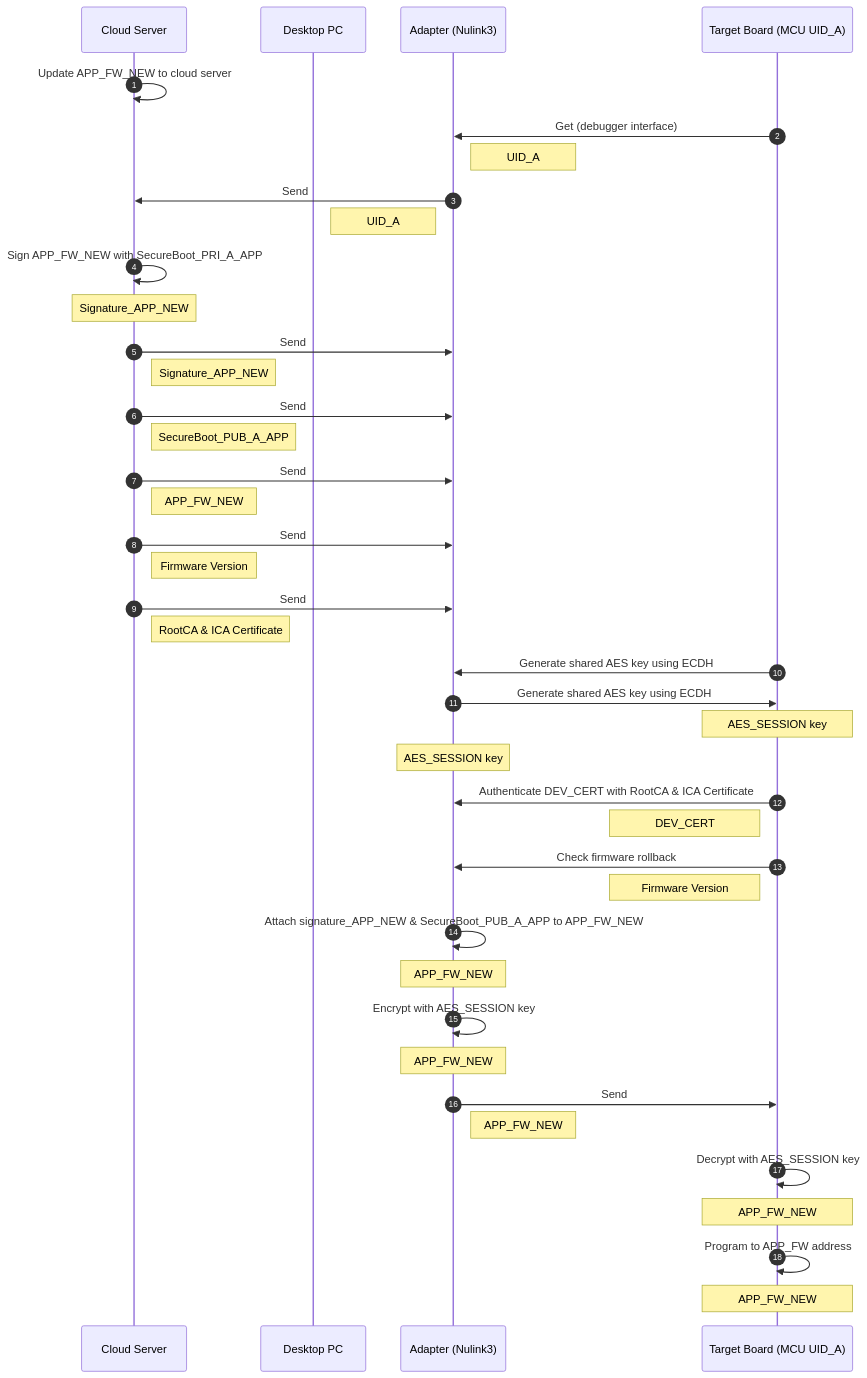
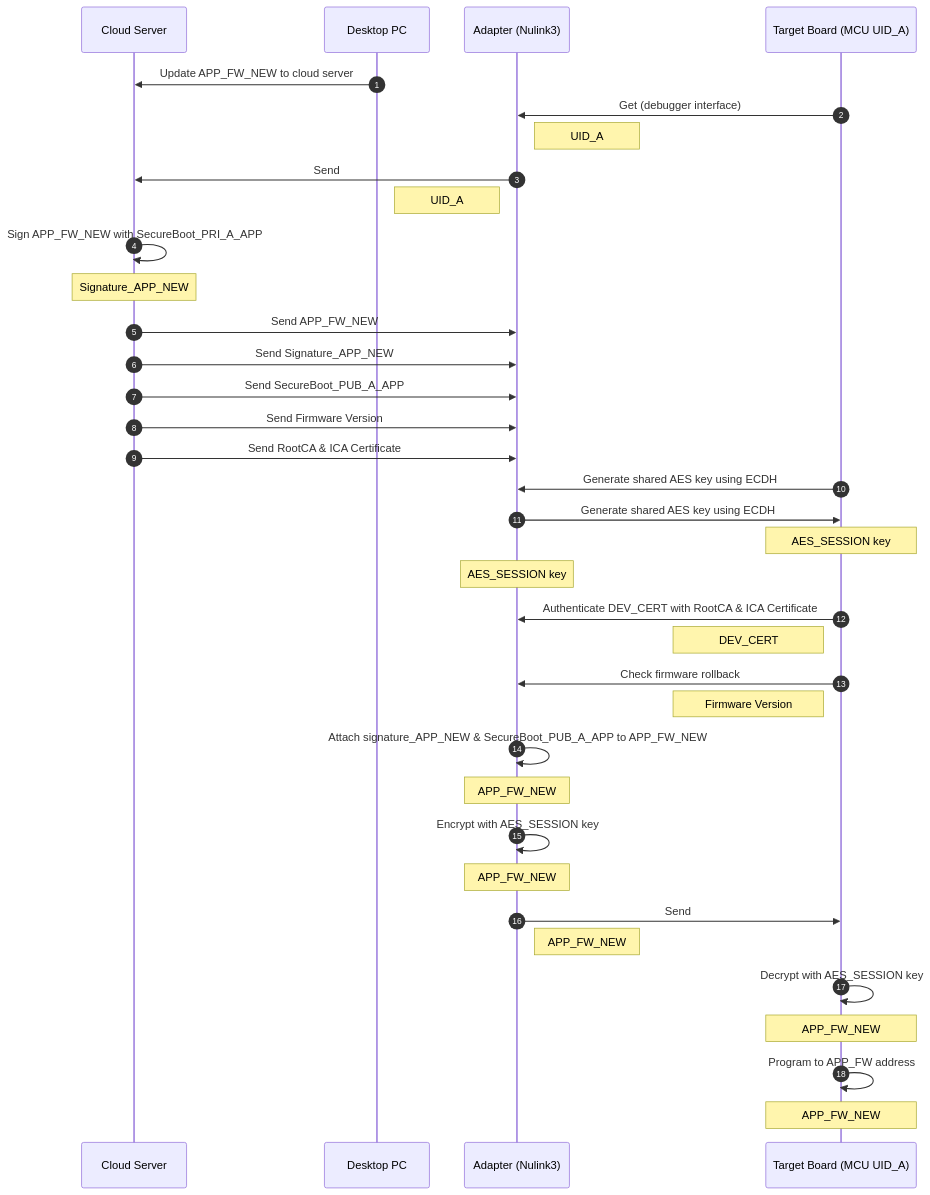
The diagram in firmware_upgrade.md (ccma1120/NuSEC_System), drawn with Mermaid before and after one commit.

````diff
--- a/firmware_upgrade.md
+++ b/firmware_upgrade.md
@@ -1,49 +1,44 @@
 ```mermaid
 sequenceDiagram
     autonumber
     participant c as Cloud Server
     participant d as Desktop PC
     participant a as Adapter (Nulink3)
     participant t as Target Board (MCU UID_A)
 
-    c ->> c : Update APP_FW_NEW to cloud server
+    d ->> c : Update APP_FW_NEW to cloud server
     t ->> a : Get (debugger interface)
     Note right of a: UID_A
     a ->> c : Send
     Note left of a: UID_A
 
     
     c ->> c : Sign APP_FW_NEW with SecureBoot_PRI_A_APP
     Note over c : Signature_APP_NEW
-    c ->> a : Send
-    Note right of c : Signature_APP_NEW
-    c ->> a : Send
-    Note right of c : SecureBoot_PUB_A_APP
-    c ->> a : Send
-    Note right of c : APP_FW_NEW
-    c ->> a : Send
-    Note right of c : Firmware Version
-    c ->> a : Send
-    Note right of c : RootCA & ICA Certificate
+    c ->> a : Send APP_FW_NEW
+    c ->> a : Send Signature_APP_NEW
+    c ->> a : Send SecureBoot_PUB_A_APP
+    c ->> a : Send Firmware Version
+    c ->> a : Send RootCA & ICA Certificate
     
     %% ECDH
     t ->> a: Generate shared AES key using ECDH
     a ->> t: Generate shared AES key using ECDH
     Note over t: AES_SESSION key
     Note over a: AES_SESSION key
 
     t ->> a: Authenticate DEV_CERT with RootCA & ICA Certificate
     Note left of t: DEV_CERT
     t ->> a: Check firmware rollback
     Note left of t: Firmware Version
     a ->> a: Attach signature_APP_NEW & SecureBoot_PUB_A_APP to APP_FW_NEW
     Note over a: APP_FW_NEW
     a ->> a: Encrypt with AES_SESSION key
     Note over a: APP_FW_NEW
     a ->> t: Send
     Note right of a: APP_FW_NEW
     t ->> t: Decrypt with AES_SESSION key
     Note over t: APP_FW_NEW
     t ->> t: Program to APP_FW address
     Note over t: APP_FW_NEW
 ```
````
